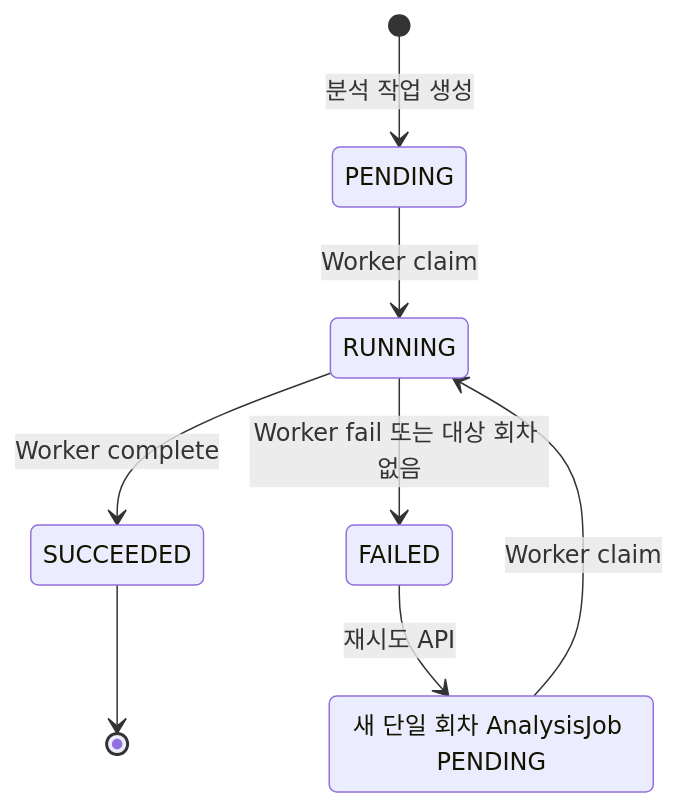
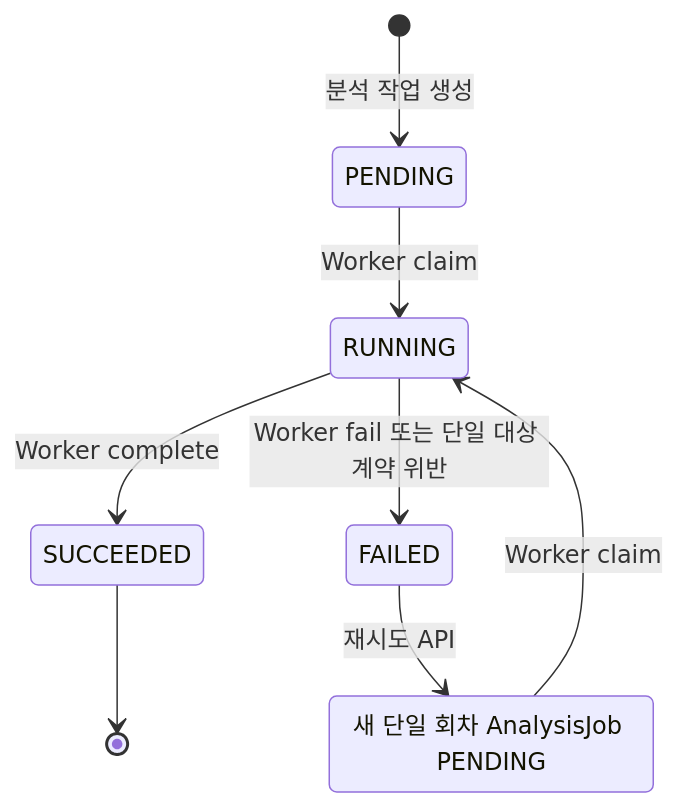
Before and after one commit to catchhole-soma/catchhole-backend-java: the tenth of 10 diagrams in docs/analysis-workflow.md, drawn with Mermaid. The commit also changed other lines of this file and 4 other files, not shown here.

````diff
--- a/docs/analysis-workflow.md
+++ b/docs/analysis-workflow.md
@@ -318,11 +324,11 @@
 ```mermaid
 stateDiagram-v2
     [*] --> PENDING: 분석 작업 생성
     PENDING --> RUNNING: Worker claim
     RUNNING --> SUCCEEDED: Worker complete
-    RUNNING --> FAILED: Worker fail 또는 대상 회차 없음
+    RUNNING --> FAILED: Worker fail 또는 단일 대상 계약 위반
     SUCCEEDED --> [*]
     FAILED --> RETRY_PENDING: 재시도 API
     RETRY_PENDING: 새 단일 회차 AnalysisJob PENDING
     RETRY_PENDING --> RUNNING: Worker claim
 ```
````
